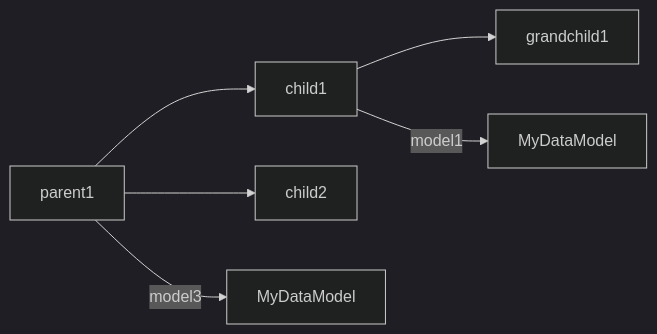
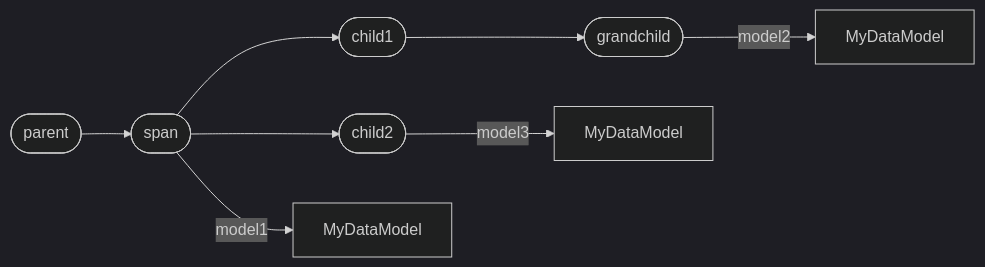
One commit to rmorshea/artigraph changed the second of 8 diagrams in docs/usage.md. Above: the diagram before and after it, drawn with Mermaid (dark theme). The commit also changed other lines of this file, not shown here.

````diff
--- a/docs/usage.md
+++ b/docs/usage.md
@@ -213,8 +234,18 @@
 ```mermaid
 graph LR
-    parent1 --> child1
-    parent1 --> child2
-    child1 --> grandchild1
-    child1 --> |model1| model1[MyDataModel]
-    parent1 --> |model3| model3[MyDataModel]
+    p([parent])
+    s([span])
+    c1([child1])
+    c2([child2])
+    g([grandchild])
+    m1[MyDataModel]
+    m2[MyDataModel]
+    m3[MyDataModel]
+    p --> s
+    s --> |model1| m1
+    s --> c1
+    s --> c2
+    c1 --> g
+    g --> |model2| m2
+    c2 --> |model3| m3
 ```
````
